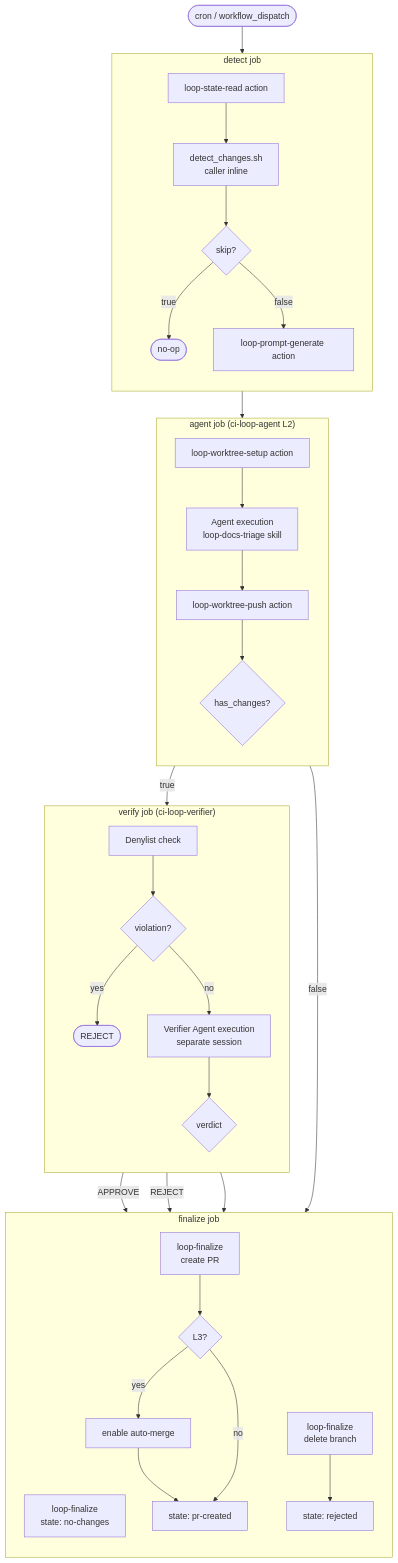
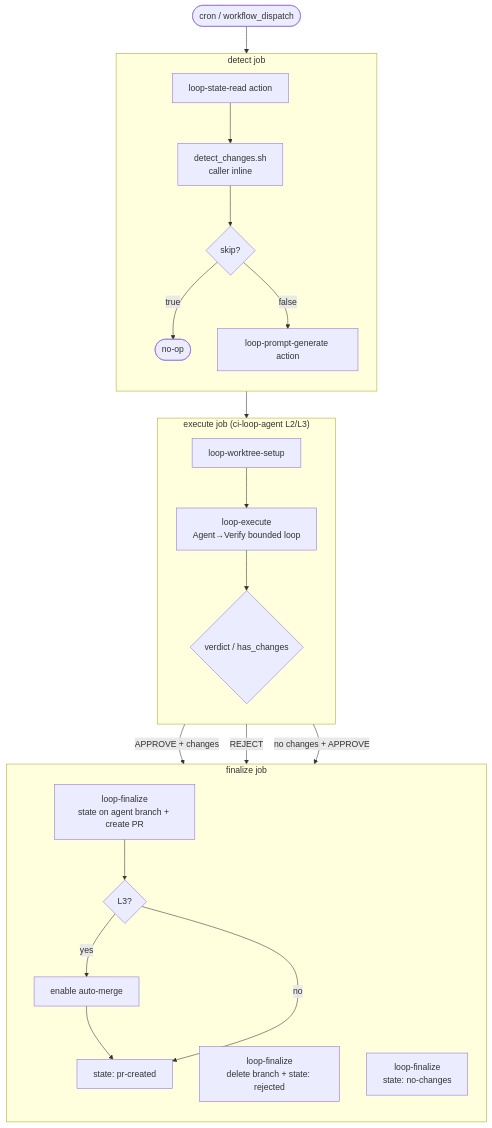
One commit to y-miyazaki/config changed the first of 3 diagrams in docs/explanation/loop-engineering-design.md. Above: the diagram before and after it, drawn with Mermaid. The commit also changed other lines of this file and 2 other files, not shown here.

````diff
--- a/docs/explanation/loop-engineering-design.md
+++ b/docs/explanation/loop-engineering-design.md
@@ -111,48 +108,36 @@
 ```mermaid
 flowchart TD
     %% Trigger
     trigger([cron / workflow_dispatch]) --> detect
 
     %% Detect Job
     subgraph detect["detect job"]
         direction TB
         D1[loop-state-read action] --> D2[detect_changes.sh<br/>caller inline]
         D2 --> D3{skip?}
         D3 -->|true| D_END([no-op])
         D3 -->|false| D4[loop-prompt-generate action]
     end
 
-    %% Agent Job
-    D4 --> agent
-    subgraph agent["agent job (ci-loop-agent L2)"]
+    %% Execute Job (ci-loop-agent L2/L3)
+    D4 --> execute
+    subgraph execute["execute job (ci-loop-agent L2/L3)"]
         direction TB
-        A1[loop-worktree-setup action] --> A2[Agent execution<br/>loop-docs-triage skill]
-        A2 --> A3[loop-worktree-push action]
-        A3 --> A4{has_changes?}
-    end
-
-    %% Verify Job
-    A4 -->|true| verify
-    A4 -->|false| finalize_no
-    subgraph verify["verify job (ci-loop-verifier)"]
-        direction TB
-        V1[Denylist check] --> V2{violation?}
-        V2 -->|yes| V_REJECT([REJECT])
-        V2 -->|no| V3[Verifier Agent execution<br/>separate session]
-        V3 --> V4{verdict}
+        A1[loop-worktree-setup] --> A2[loop-execute<br/>Agent→Verify bounded loop]
+        A2 --> A3{verdict / has_changes}
     end
 
     %% Finalize Job
-    V4 -->|APPROVE| finalize_approve
-    V4 -->|REJECT| finalize_reject
-    V_REJECT --> finalize_reject
+    A3 -->|APPROVE + changes| finalize_approve
+    A3 -->|REJECT| finalize_reject
+    A3 -->|no changes + APPROVE| finalize_no
 
     subgraph finalize["finalize job"]
         direction TB
-        finalize_approve[loop-finalize<br/>create PR] --> F_AUTO{L3?}
+        finalize_approve[loop-finalize<br/>state on agent branch + create PR] --> F_AUTO{L3?}
         F_AUTO -->|yes| F_MERGE[enable auto-merge] --> F_STATE[state: pr-created]
         F_AUTO -->|no| F_STATE
-        finalize_reject[loop-finalize<br/>delete branch] --> F_STATE2[state: rejected]
+        finalize_reject[loop-finalize<br/>delete branch + state: rejected]
         finalize_no[loop-finalize<br/>state: no-changes]
     end
 ```
````
